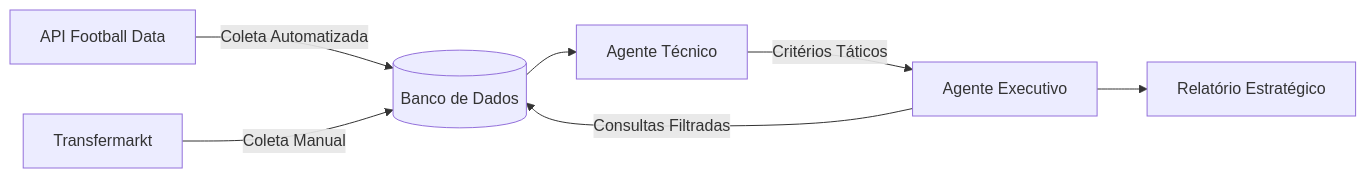
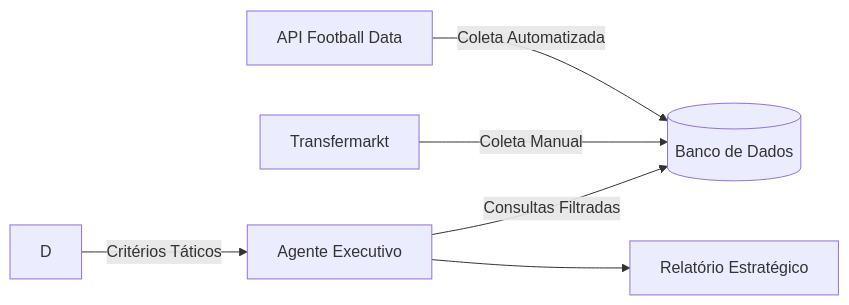
One commit to Reyso/ScoutAi-Agents changed the diagram in README.md. Above: the diagram before and after it, drawn with Mermaid.

````diff
--- a/README.md
+++ b/README.md
@@ -19,9 +19,8 @@
 ```mermaid
 graph LR
     A[API Football Data] -->|Coleta Automatizada| B[(Banco de Dados)]
     C[Transfermarkt] -->|Coleta Manual| B
-    B --> D[Agente Técnico]
     D -->|Critérios Táticos| E[Agente Executivo]
     E -->|Consultas Filtradas| B
     E --> F[Relatório Estratégico] 
 ```
````
